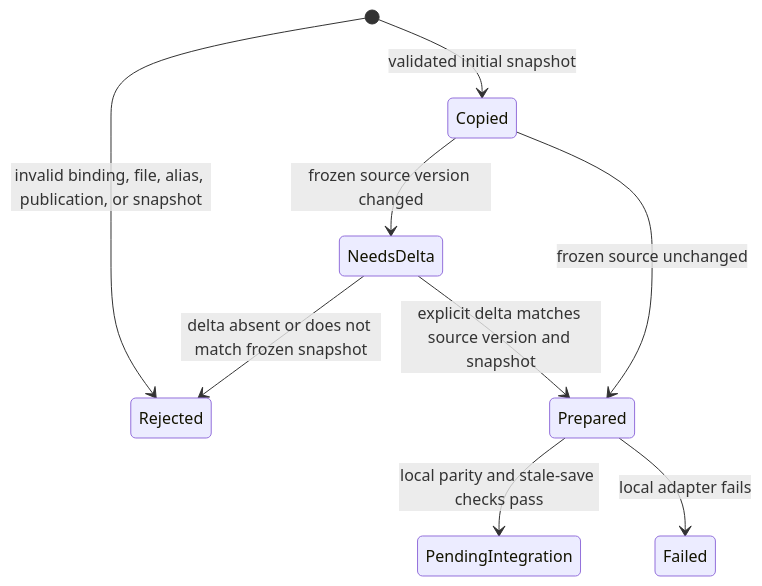
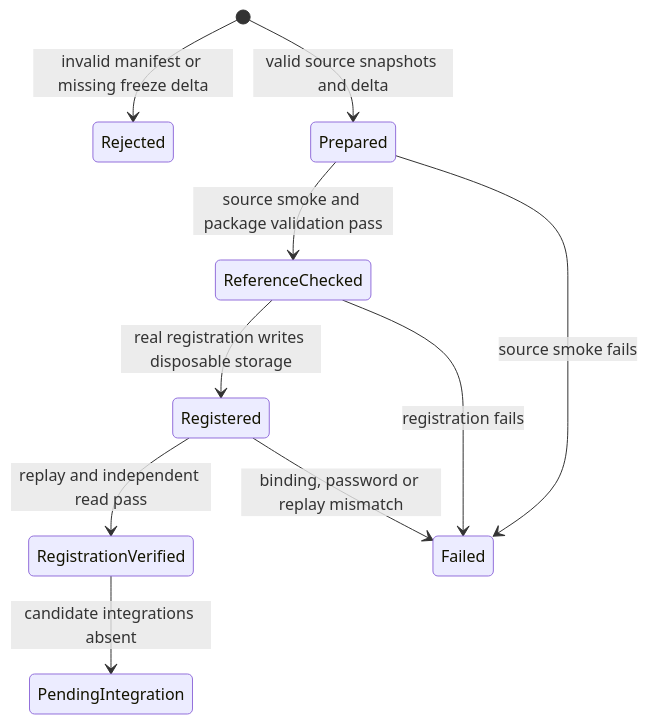
One commit to DoctorCRE/carr-system changed the diagram in docs/client-portal/migration-rehearsal.md. Above: the diagram before and after it, drawn with Mermaid. The commit also changed other lines of this file and 5 other files, not shown here.

First line of the commit message:
fix(portal): exercise real registration in migration rehearsal

````diff
--- a/docs/client-portal/migration-rehearsal.md
+++ b/docs/client-portal/migration-rehearsal.md
@@ -32,11 +53,12 @@
 ```mermaid
 stateDiagram-v2
-    [*] --> Rejected: invalid binding, file, alias, publication, or snapshot
-    [*] --> Copied: validated initial snapshot
-    Copied --> NeedsDelta: frozen source version changed
-    Copied --> Prepared: frozen source unchanged
-    NeedsDelta --> Rejected: delta absent or does not match frozen snapshot
-    NeedsDelta --> Prepared: explicit delta matches source version and snapshot
-    Prepared --> PendingIntegration: local parity and stale-save checks pass
-    Prepared --> Failed: local adapter fails
+    [*] --> Rejected: invalid manifest or missing freeze delta
+    [*] --> Prepared: valid source snapshots and delta
+    Prepared --> ReferenceChecked: source smoke and package validation pass
+    ReferenceChecked --> Registered: real registration writes disposable storage
+    Registered --> RegistrationVerified: replay and independent read pass
+    RegistrationVerified --> PendingIntegration: candidate integrations absent
+    Prepared --> Failed: source smoke fails
+    ReferenceChecked --> Failed: registration fails
+    Registered --> Failed: binding, password or replay mismatch
 ```
````
